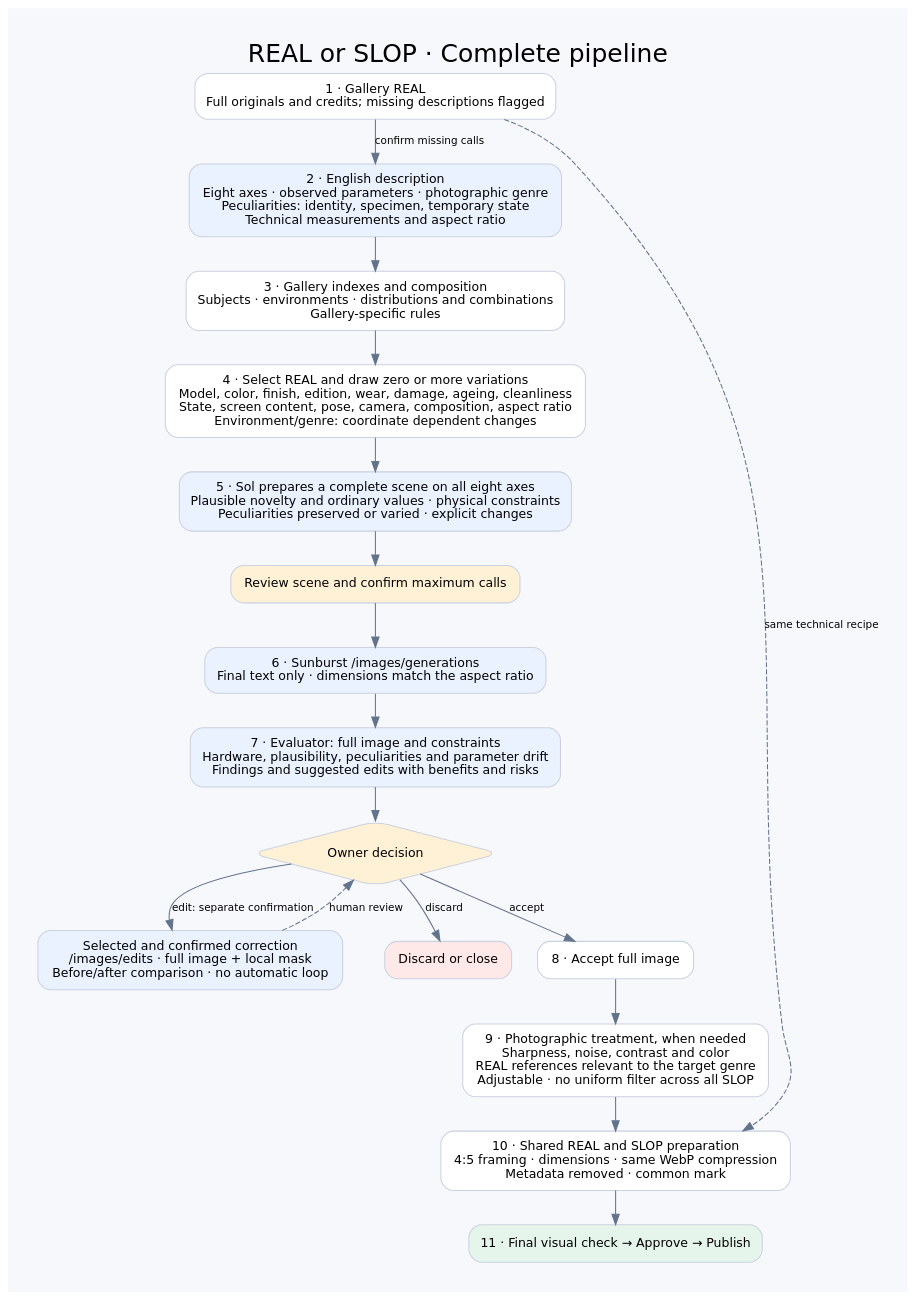
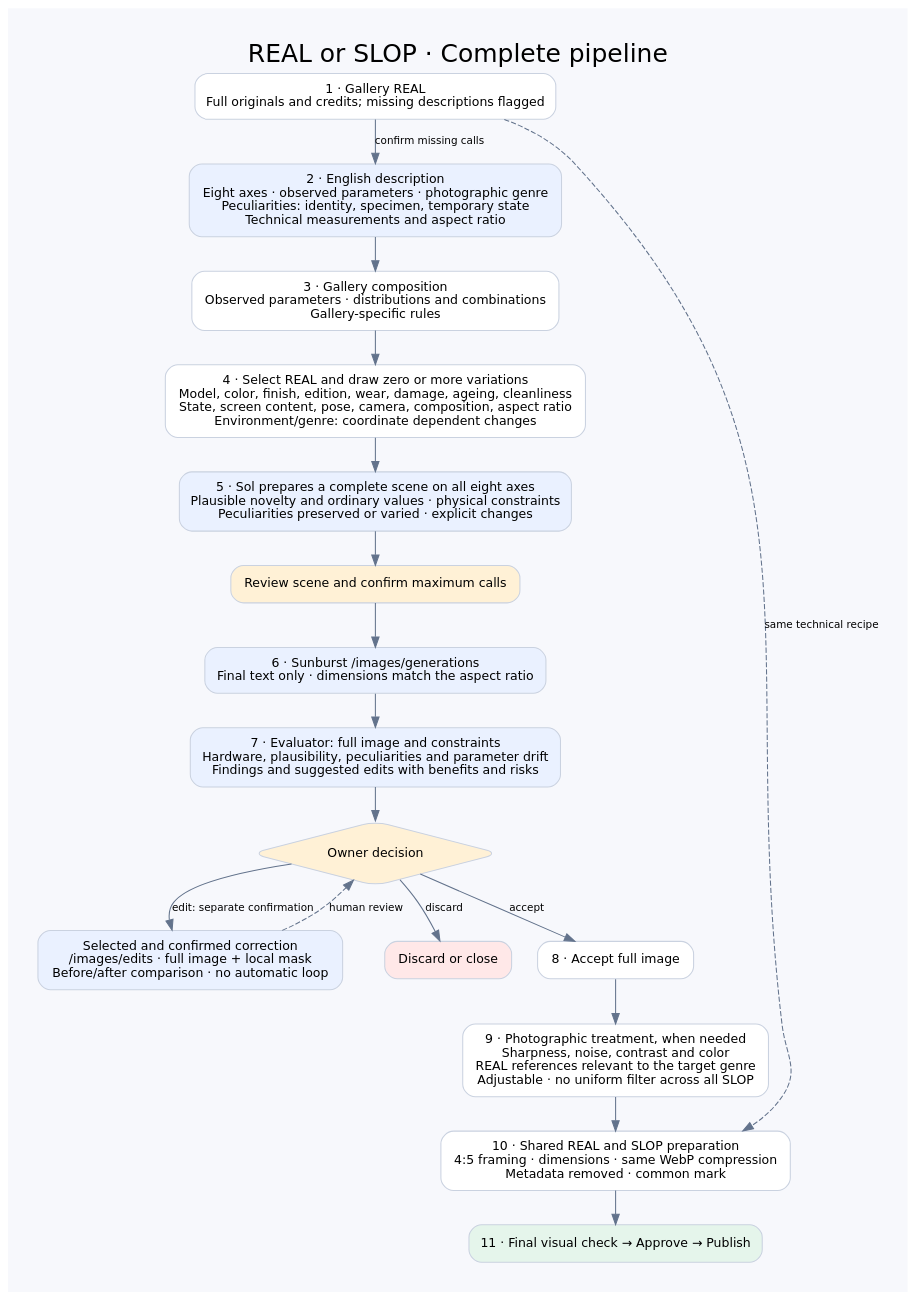
Before and after one commit to rickymusu-bit/real-or-slop: the diagram in docs/assets/pipeline-slop.dot, drawn with Graphviz. The commit also changed 25 other files, not shown here.

Commit message:
Remove obsolete REAL description indexes and embedding calls

```diff
--- a/docs/assets/pipeline-slop.dot
+++ b/docs/assets/pipeline-slop.dot
@@ -1,24 +1,24 @@
 digraph pipeline {
  graph [rankdir=TB,bgcolor="#f7f8fc",pad="0.4",nodesep="0.35",ranksep="0.45",fontname="DejaVu Sans",label="REAL or SLOP · Complete pipeline",labelloc=t,fontsize=24];
  node [shape=box,style="rounded,filled",fillcolor=white,color="#cad2e0",fontname="DejaVu Sans",fontsize=12,margin="0.18,0.12"];
  edge [color="#63738c",fontname="DejaVu Sans",fontsize=10];
  real [label="1 · Gallery REAL\nFull originals and credits; missing descriptions flagged"];
  describe [label="2 · English description\nEight axes · observed parameters · photographic genre\nPeculiarities: identity, specimen, temporary state\nTechnical measurements and aspect ratio",fillcolor="#eaf1ff"];
- index [label="3 · Gallery indexes and composition\nSubjects · environments · distributions and combinations\nGallery-specific rules"];
+ composition [label="3 · Gallery composition\nObserved parameters · distributions and combinations\nGallery-specific rules"];
  draw [label="4 · Select REAL and draw zero or more variations\nModel, color, finish, edition, wear, damage, ageing, cleanliness\nState, screen content, pose, camera, composition, aspect ratio\nEnvironment/genre: coordinate dependent changes"];
  scene [label="5 · Sol prepares a complete scene on all eight axes\nPlausible novelty and ordinary values · physical constraints\nPeculiarities preserved or varied · explicit changes",fillcolor="#eaf1ff"];
  confirm [label="Review scene and confirm maximum calls",fillcolor="#fff1d6"];
  generate [label="6 · Sunburst /images/generations\nFinal text only · dimensions match the aspect ratio",fillcolor="#eaf1ff"];
  evaluate [label="7 · Evaluator: full image and constraints\nHardware, plausibility, peculiarities and parameter drift\nFindings and suggested edits with benefits and risks",fillcolor="#eaf1ff"];
  decision [shape=diamond,label="Owner decision",fillcolor="#fff1d6"];
  edit [label="Selected and confirmed correction\n/images/edits · full image + local mask\nBefore/after comparison · no automatic loop",fillcolor="#eaf1ff"];
  discard [label="Discard or close",fillcolor="#ffe8e8"];
  accept [label="8 · Accept full image"];
  treatment [label="9 · Photographic treatment, when needed\nSharpness, noise, contrast and color\nREAL references relevant to the target genre\nAdjustable · no uniform filter across all SLOP"];
  copy [label="10 · Shared REAL and SLOP preparation\n4:5 framing · dimensions · same WebP compression\nMetadata removed · common mark"];
  publish [label="11 · Final visual check → Approve → Publish",fillcolor="#e5f5eb"];
- real -> describe [label="confirm missing calls"]; describe -> index -> draw -> scene -> confirm -> generate -> evaluate -> decision;
+ real -> describe [label="confirm missing calls"]; describe -> composition -> draw -> scene -> confirm -> generate -> evaluate -> decision;
  decision -> edit [label="edit: separate confirmation"];edit -> decision [style=dashed,label="human review"];
  decision -> discard [label="discard"];decision -> accept [label="accept"];accept -> treatment -> copy -> publish;
  real -> copy [style=dashed,label="same technical recipe",constraint=false];
 }
```
